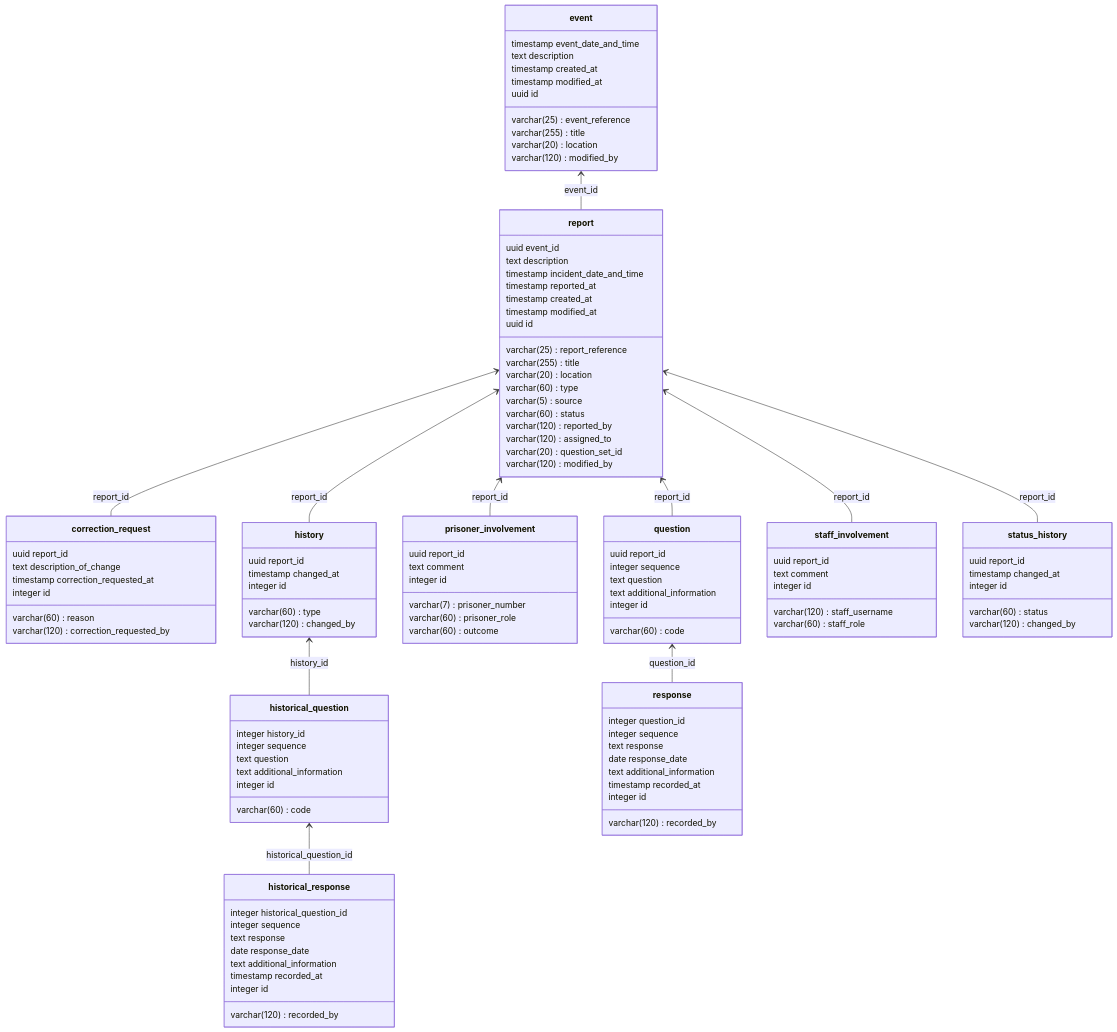
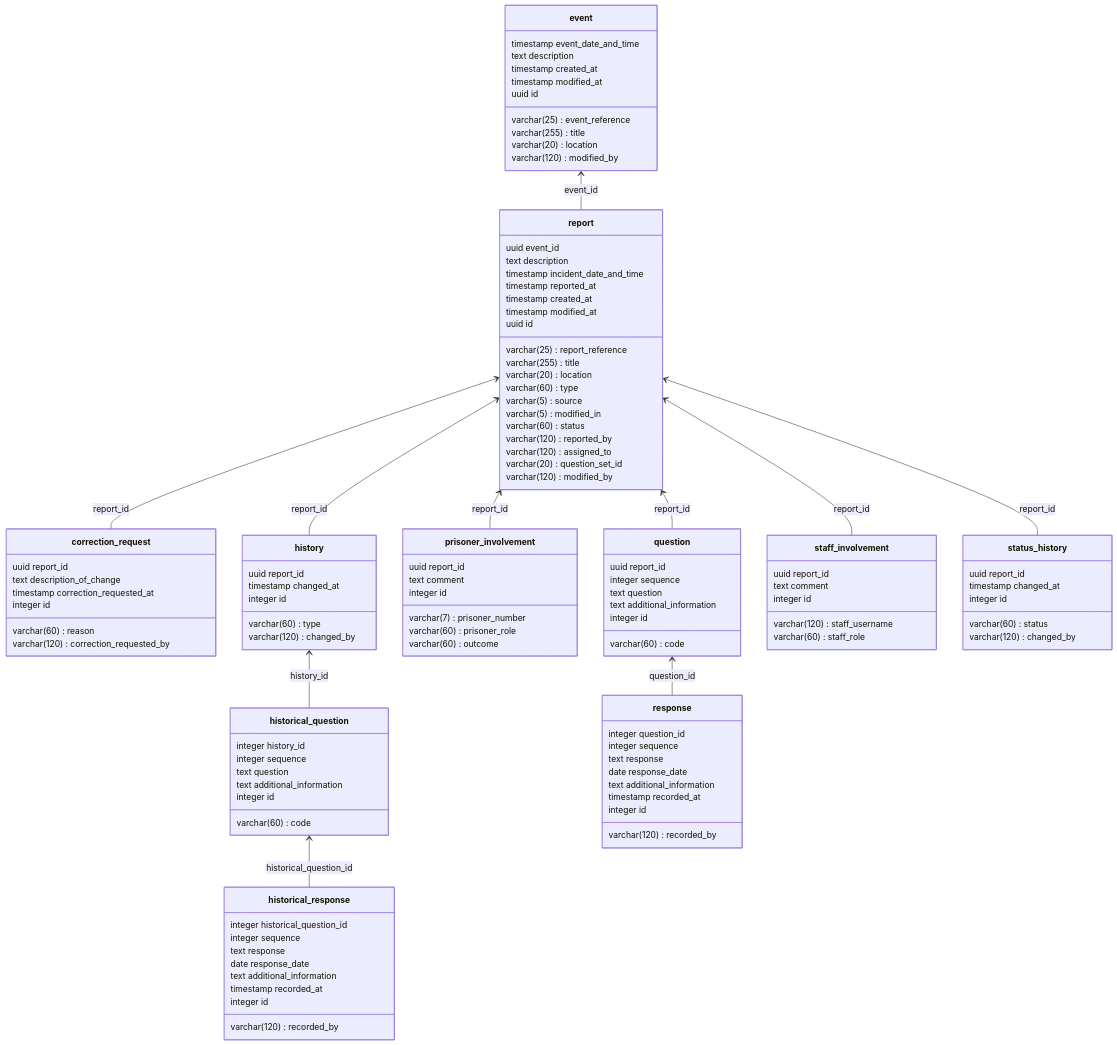
The second of 2 diagrams in docs/0004-modeling-irs.md (ministryofjustice/hmpps-incident-reporting-api), drawn with Mermaid before and after one commit. The commit also changed other lines of this file and 21 other files, not shown here.

```diff
--- a/docs/0004-modeling-irs.md
+++ b/docs/0004-modeling-irs.md
@@ -192,6 +193,7 @@
         varchar(20) location
         varchar(60) type
         varchar(5) source
+        varchar(5) modified_in
         varchar(60) status
         timestamp incident_date_and_time
         timestamp reported_at
```
